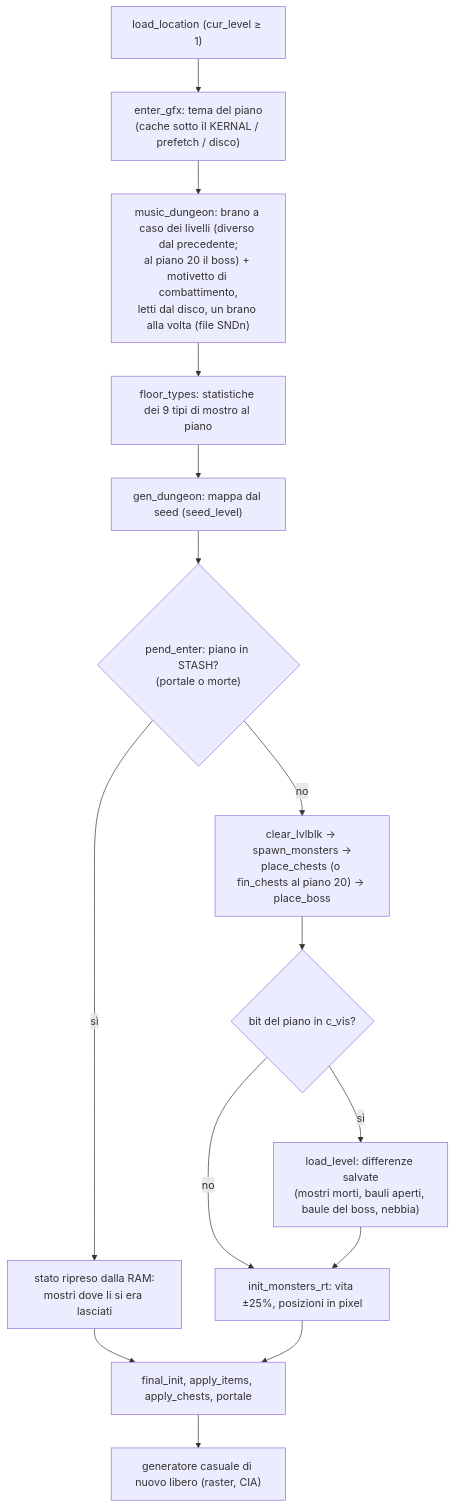
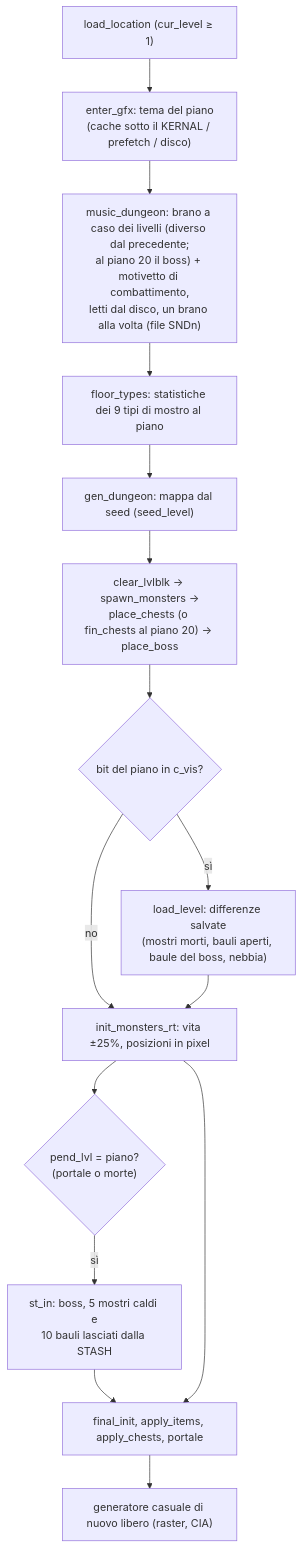
One commit to caporalesimone/barbarian-the-blood-path changed the second of 2 diagrams in docs/wiki/panoramica.md. Above: the diagram before and after it, drawn with Mermaid. The commit also changed other lines of this file and 23 other files, not shown here.

````diff
--- a/docs/wiki/panoramica.md
+++ b/docs/wiki/panoramica.md
@@ -43,17 +43,17 @@
 ```mermaid
 flowchart TD
     L["load_location (cur_level ≥ 1)"] --> T["enter_gfx: tema del piano<br/>(cache sotto il KERNAL / prefetch / disco)"]
     T --> M["music_dungeon: brano a caso dei livelli (diverso dal precedente;<br/>al piano 20 il boss) + motivetto di combattimento,<br/>letti dal disco, un brano alla volta (file SNDn)"]
     M --> FT["floor_types: statistiche dei 9 tipi di mostro al piano"]
     FT --> G["gen_dungeon: mappa dal seed (seed_level)"]
-    G --> P{"pend_enter: piano in STASH?<br/>(portale o morte)"}
-    P -->|sì| R["stato ripreso dalla RAM:<br/>mostri dove li si era lasciati"]
-    P -->|no| C["clear_lvlblk → spawn_monsters →<br/>place_chests (o fin_chests al piano 20) → place_boss"]
+    G --> C["clear_lvlblk → spawn_monsters →<br/>place_chests (o fin_chests al piano 20) → place_boss"]
     C --> V{"bit del piano in c_vis?"}
     V -->|sì| LL["load_level: differenze salvate<br/>(mostri morti, bauli aperti, baule del boss, nebbia)"]
     V -->|no| IR
     LL --> IR["init_monsters_rt: vita ±25%, posizioni in pixel"]
+    IR --> P{"pend_lvl = piano?<br/>(portale o morte)"}
+    P -->|sì| R["st_in: boss, 5 mostri caldi e<br/>10 bauli lasciati dalla STASH"]
     R --> FI
     IR --> FI["final_init, apply_items, apply_chests, portale"]
     FI --> RND["generatore casuale di nuovo libero (raster, CIA)"]
 ```
````
